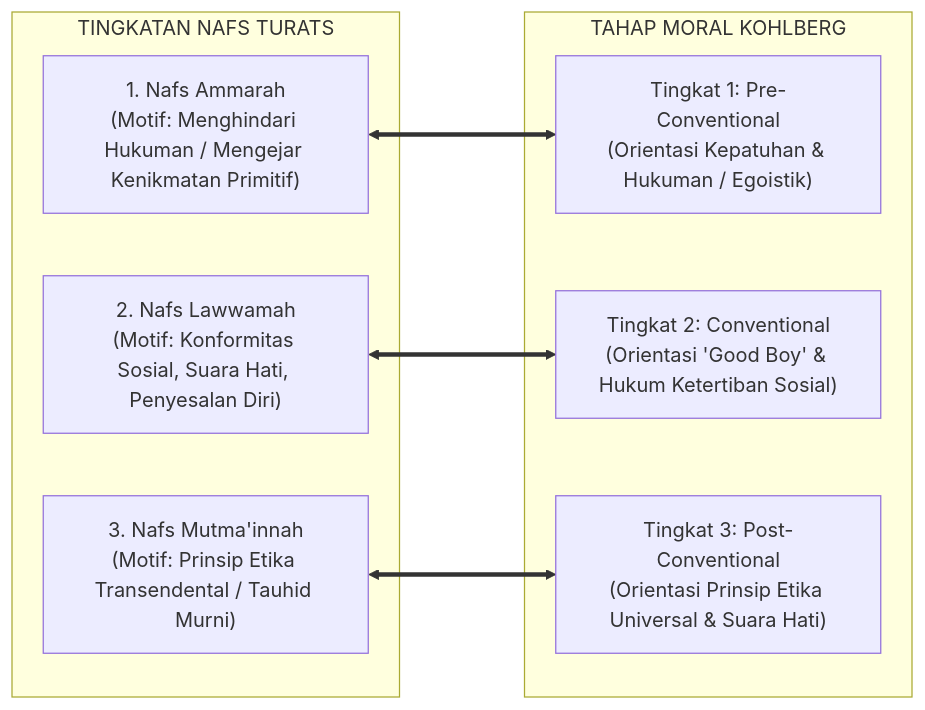
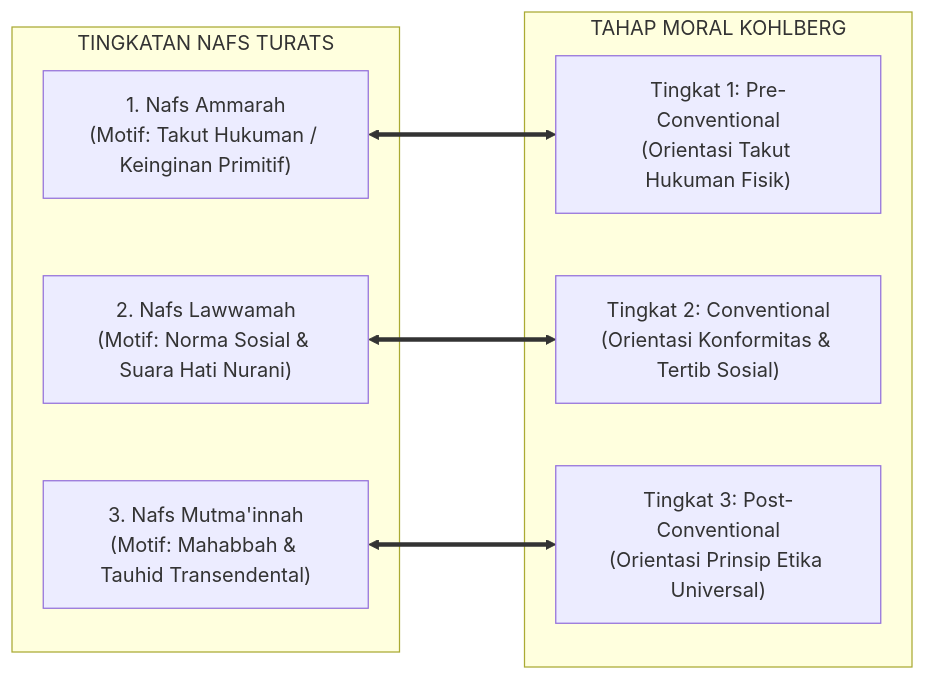
Before and after one commit to wandiapriliyandi/tumbuh: the second of 2 diagrams in BOOK-SERIES/Volume-01/Bab-02-Ontologi-Fitrah-dan-Hakikat-Insan-Pembelajar/03-Tingkatan-Nafs-Ammarah-Lawwamah-Mutmainnah.md, drawn with Mermaid. The commit also changed other lines of this file and 5 other files, not shown here.

````diff
--- a/BOOK-SERIES/Volume-01/Bab-02-Ontologi-Fitrah-dan-Hakikat-Insan-Pembelajar/03-Tingkatan-Nafs-Ammarah-Lawwamah-Mutmainnah.md
+++ b/BOOK-SERIES/Volume-01/Bab-02-Ontologi-Fitrah-dan-Hakikat-Insan-Pembelajar/03-Tingkatan-Nafs-Ammarah-Lawwamah-Mutmainnah.md
@@ -46,18 +70,18 @@
 ```mermaid
 graph LR
     subgraph TuratsNafs["TINGKATAN NAFS TURATS"]
-        N1["1. Nafs Ammarah<br/>(Motif: Menghindari Hukuman / Mengejar Kenikmatan Primitif)"]
-        N2["2. Nafs Lawwamah<br/>(Motif: Konformitas Sosial, Suara Hati, Penyesalan Diri)"]
-        N3["3. Nafs Mutma'innah<br/>(Motif: Prinsip Etika Transendental / Tauhid Murni)"]
+        N1["1. Nafs Ammarah<br/>(Motif: Takut Hukuman / Keinginan Primitif)"]
+        N2["2. Nafs Lawwamah<br/>(Motif: Norma Sosial & Suara Hati Nurani)"]
+        N3["3. Nafs Mutma'innah<br/>(Motif: Mahabbah & Tauhid Transendental)"]
     end
 
     subgraph KohlbergMoral["TAHAP MORAL KOHLBERG"]
-        K1["Tingkat 1: Pre-Conventional<br/>(Orientasi Kepatuhan & Hukuman / Egoistik)"]
-        K2["Tingkat 2: Conventional<br/>(Orientasi 'Good Boy' & Hukum Ketertiban Sosial)"]
-        K3["Tingkat 3: Post-Conventional<br/>(Orientasi Prinsip Etika Universal & Suara Hati)"]
+        K1["Tingkat 1: Pre-Conventional<br/>(Orientasi Takut Hukuman Fisik)"]
+        K2["Tingkat 2: Conventional<br/>(Orientasi Konformitas & Tertib Sosial)"]
+        K3["Tingkat 3: Post-Conventional<br/>(Orientasi Prinsip Etika Universal)"]
     end
 
     N1 <===> K1
     N2 <===> K2
     N3 <===> K3
 ```
````
